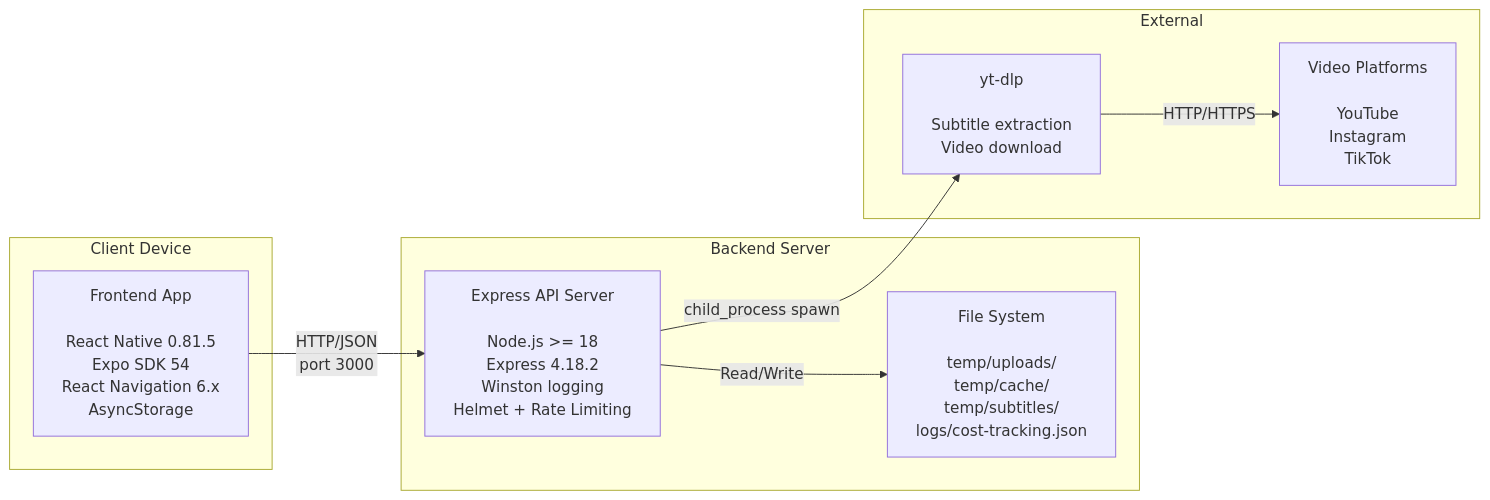
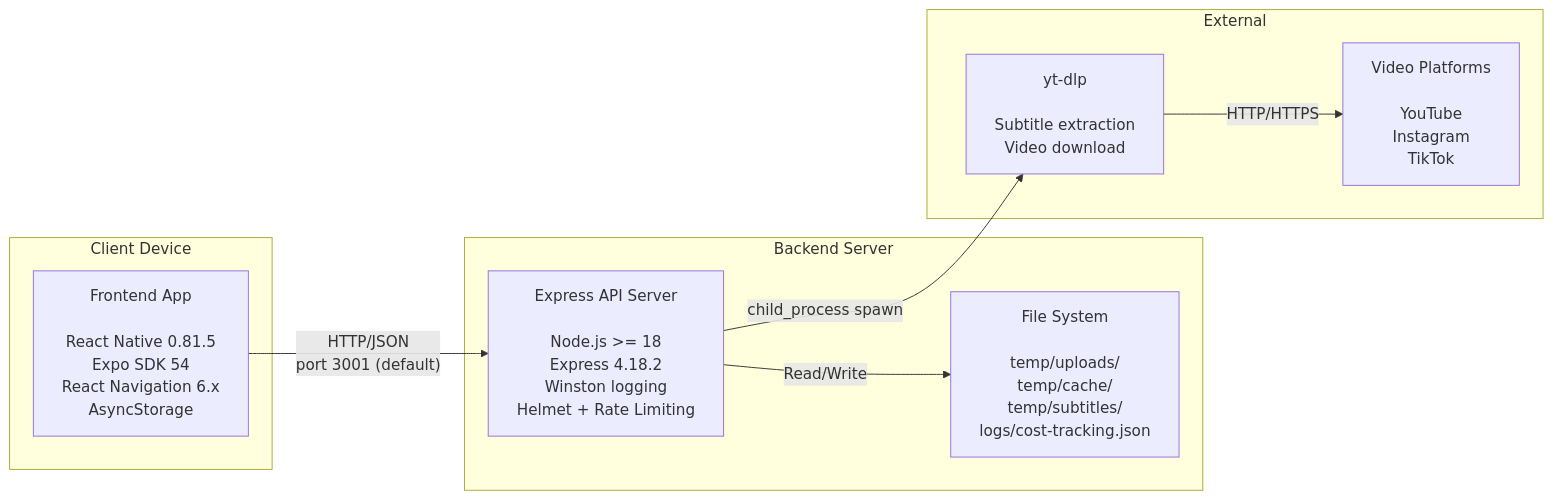
Before and after one commit to nmohamaya/Cooking_app: the second of 3 diagrams in docs/architecture/OVERVIEW.md, drawn with Mermaid. The commit also changed other lines of this file and 3 other files, not shown here.

````diff
--- a/docs/architecture/OVERVIEW.md
+++ b/docs/architecture/OVERVIEW.md
@@ -36,21 +36,21 @@
 ```mermaid
 graph LR
     subgraph Client Device
         FE["Frontend App\n\nReact Native 0.81.5\nExpo SDK 54\nReact Navigation 6.x\nAsyncStorage"]
     end
 
     subgraph Backend Server
         API["Express API Server\n\nNode.js >= 18\nExpress 4.18.2\nWinston logging\nHelmet + Rate Limiting"]
         FS["File System\n\ntemp/uploads/\ntemp/cache/\ntemp/subtitles/\nlogs/cost-tracking.json"]
     end
 
     subgraph External
         VP["Video Platforms\n\nYouTube\nInstagram\nTikTok"]
         YTDLP["yt-dlp\n\nSubtitle extraction\nVideo download"]
     end
 
-    FE -->|"HTTP/JSON\nport 3000"| API
+    FE -->|"HTTP/JSON\nport 3001 (default)"| API
     API -->|"child_process spawn"| YTDLP
     YTDLP -->|"HTTP/HTTPS"| VP
     API -->|"Read/Write"| FS
 ```
````
